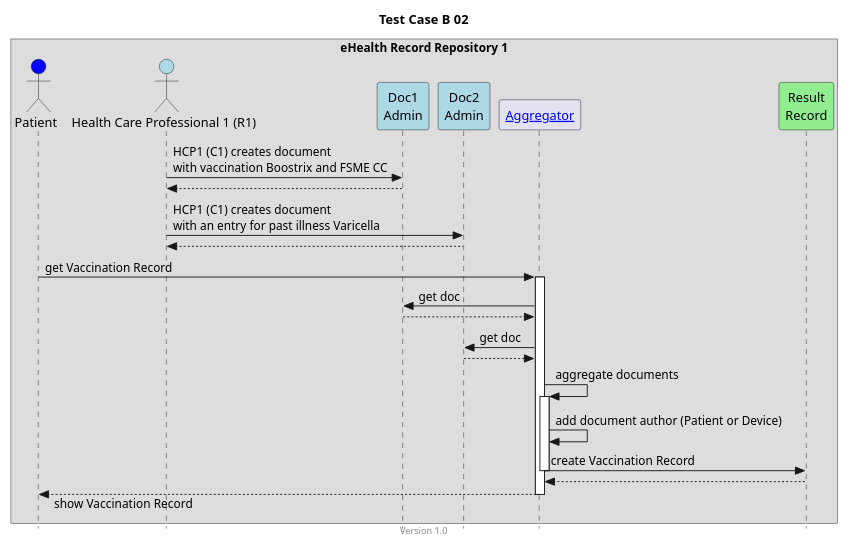
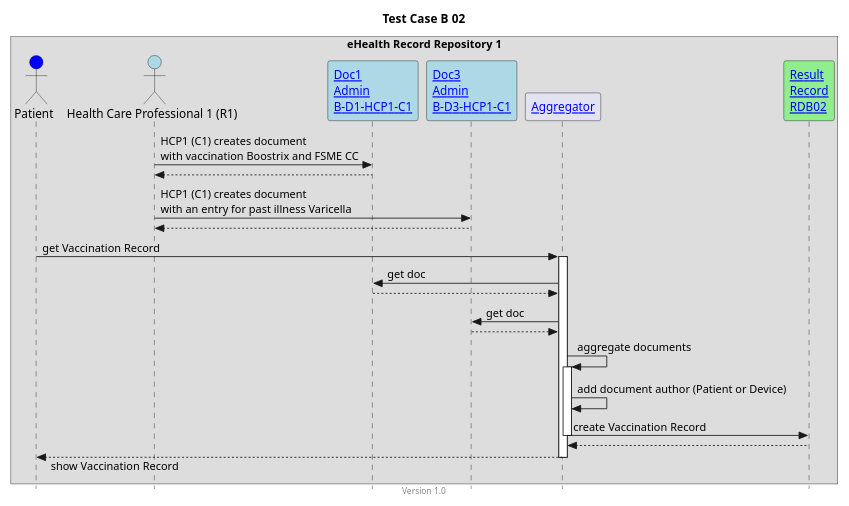
One commit to hl7ch/ch-vacd changed the diagram in input/images-source/TCB02.plantuml. Above: the diagram before and after it, drawn with PlantUML. The commit also changed 27 other files, not shown here.

Commit message:
add links to TC diagrams and links on different places to serve better informations to users #354

```diff
--- a/input/images-source/TCB02.plantuml
+++ b/input/images-source/TCB02.plantuml
@@ -1,44 +1,43 @@
 @startuml
 title Test Case B 02
 footer Version 1.0
 skinparam responseMessageBelowArrow true
 skinparam style strictuml
 scale max 800 width
 
-
 box "eHealth Record Repository 1"
 actor "Patient" as PAT #blue
 actor "Health Care Professional 1 (R1)" as HCP1_C1 #lightblue
-participant "Doc1\nAdmin" as Doc1 #lightblue
-participant "Doc2\nAdmin" as Doc2 #lightblue
+participant "[[Bundle-B-D1-HCP1-C1.html Doc1\nAdmin\nB-D1-HCP1-C1]]" as Doc1 #lightblue
+participant "[[Bundle-B-D3-HCP1-C1.html Doc3\nAdmin\nB-D3-HCP1-C1]]" as Doc3 #lightblue
 participant "[[aggregator.html Aggregator]]" as AGG
-participant "Result\nRecord" as RES #lightgreen
+participant "[[Bundle-RDB02.html Result\nRecord\nRDB02]]" as RES #lightgreen
 end box
 
 HCP1_C1 -> Doc1: HCP1 (C1) creates document\nwith vaccination Boostrix and FSME CC
 HCP1_C1 <-- Doc1
 
-HCP1_C1 -> Doc2: HCP1 (C1) creates document\nwith an entry for past illness Varicella
-HCP1_C1 <-- Doc2
+HCP1_C1 -> Doc3: HCP1 (C1) creates document\nwith an entry for past illness Varicella
+HCP1_C1 <-- Doc3
 
 PAT -> AGG: get Vaccination Record
 activate AGG
 
 AGG -> Doc1: get doc
 AGG <-- Doc1
 
-AGG -> Doc2: get doc
-AGG <-- Doc2
+AGG -> Doc3: get doc
+AGG <-- Doc3
  
 AGG -> AGG: aggregate documents 
 activate AGG
 AGG -> AGG: add document author (Patient or Device)
 AGG -> RES: create Vaccination Record
 deactivate AGG
 AGG <-- RES
 
 PAT <-- AGG: show Vaccination Record
 deactivate AGG
 
 
 @enduml
```
